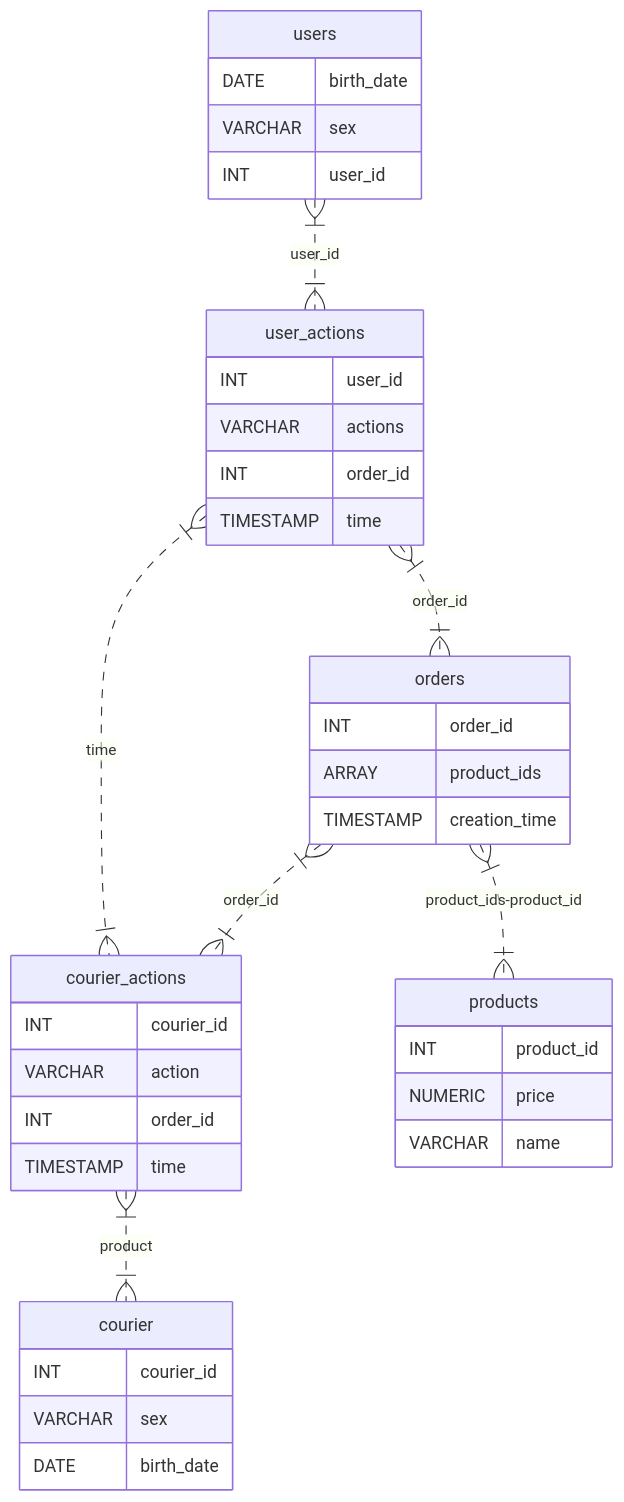
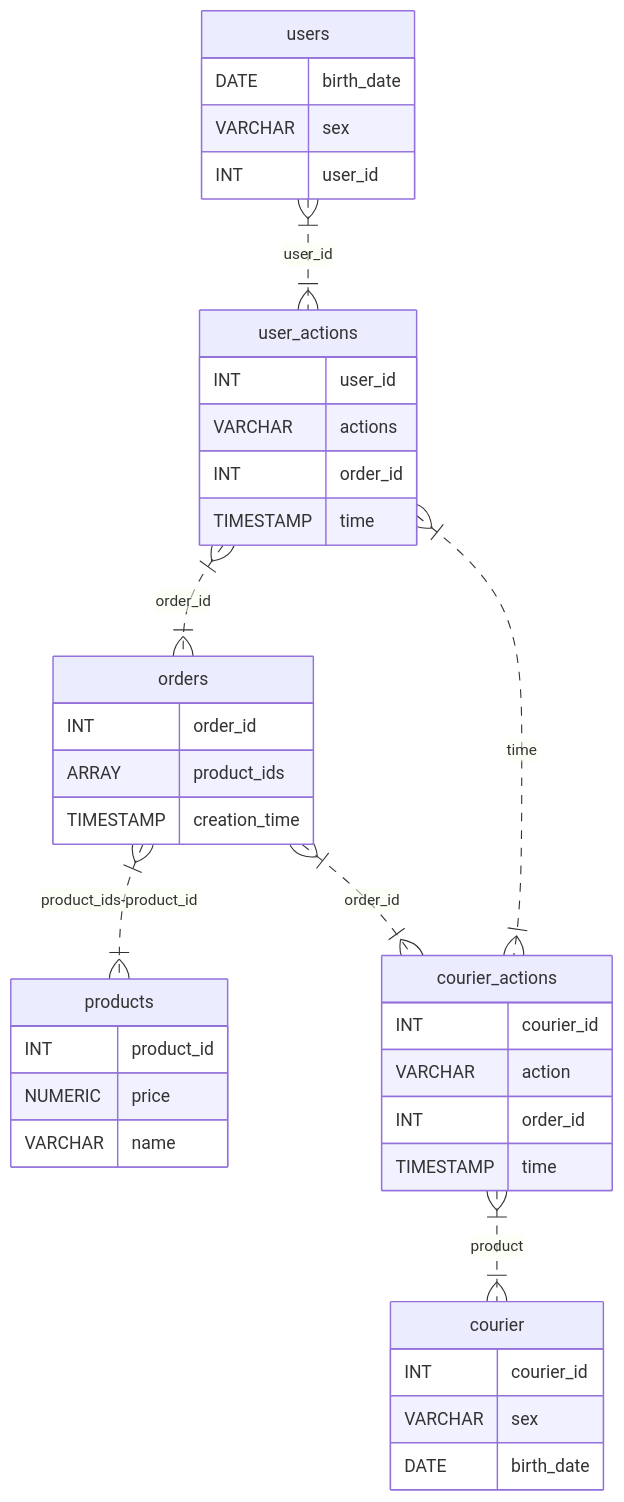
The diagram in 05_sql.qmd (Aranaur/py4ds), drawn with Mermaid before and after one commit. The commit also changed other lines of this file and 2 other files, not shown here.

````diff
--- a/05_sql.qmd
+++ b/05_sql.qmd
@@ -16,41 +18,42 @@
 ```{mermaid}
 erDiagram
+    orders }|..|{ products : product_ids-product_id
+    orders }|..|{ courier_actions : order_id
     users }|..|{ user_actions : user_id
     user_actions }|..|{ orders : order_id
     user_actions }|..|{ courier_actions : time
-    orders }|..|{ products : product_ids-product_id
     courier_actions }|..|{ courier : product
-    orders }|..|{ courier_actions : order_id
+    
     users {
         DATE birth_date
         VARCHAR sex
         INT user_id
     }
     user_actions {
         INT user_id
         VARCHAR actions
         INT order_id
         TIMESTAMP time
     }
     orders {
         INT order_id
         ARRAY product_ids
         TIMESTAMP creation_time
     }
     products {
         INT product_id
         NUMERIC price
         VARCHAR name
     }
     courier_actions {
         INT courier_id
         VARCHAR action
         INT order_id
         TIMESTAMP time
     }
     courier {
         INT courier_id
         VARCHAR sex
         DATE birth_date
     }
 ```
````
